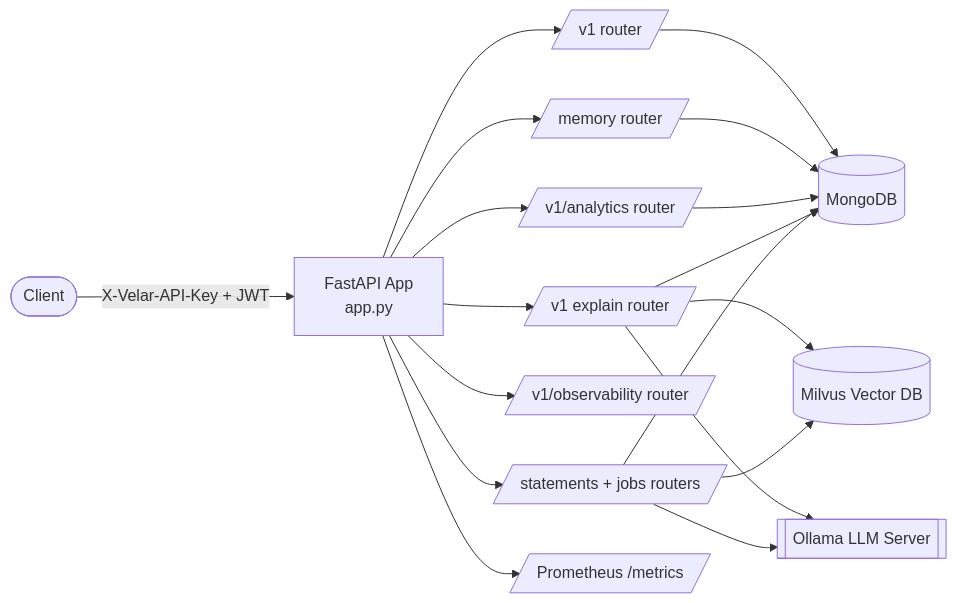
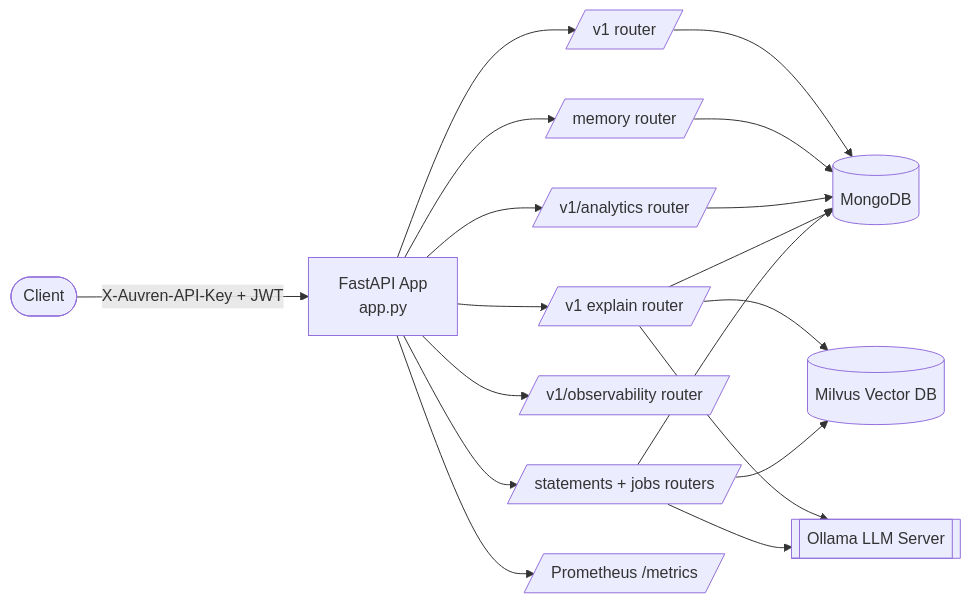
The diagram in docs/README.md (lokeshramchand-ctrl/miravelt), drawn with Mermaid before and after one commit. The commit also changed other lines of this file and 112 other files, not shown here.

````diff
--- a/docs/README.md
+++ b/docs/README.md
@@ -40,20 +40,20 @@
 ```mermaid
 flowchart LR
-    Client([Client]) -->|X-Velar-API-Key + JWT| API[FastAPI App<br/>app.py]
+    Client([Client]) -->|X-Auvren-API-Key + JWT| API[FastAPI App<br/>app.py]
     API --> V1[/v1 router/]
     API --> MEM[/memory router/]
     API --> ANA[/v1/analytics router/]
     API --> RAG[/v1 explain router/]
     API --> OBS[/v1/observability router/]
     API --> STMT[/statements + jobs routers/]
     V1 --> Mongo[(MongoDB)]
     MEM --> Mongo
     ANA --> Mongo
     RAG --> Mongo
     RAG --> Milvus[(Milvus Vector DB)]
     RAG --> Ollama[[Ollama LLM Server]]
     STMT --> Mongo
     STMT --> Milvus
     STMT --> Ollama
     API --> Prom[/Prometheus /metrics/]
 ```
````
